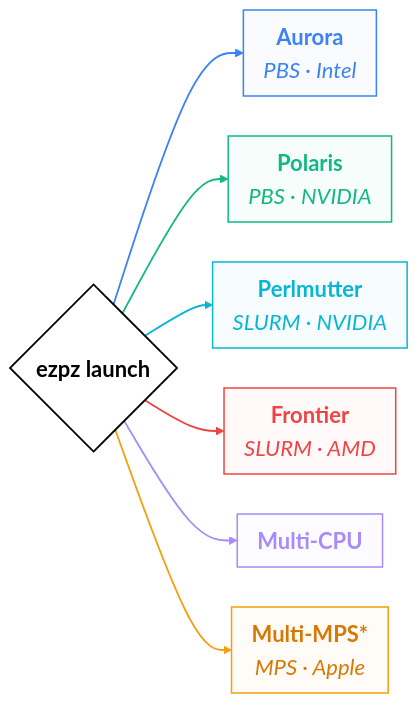
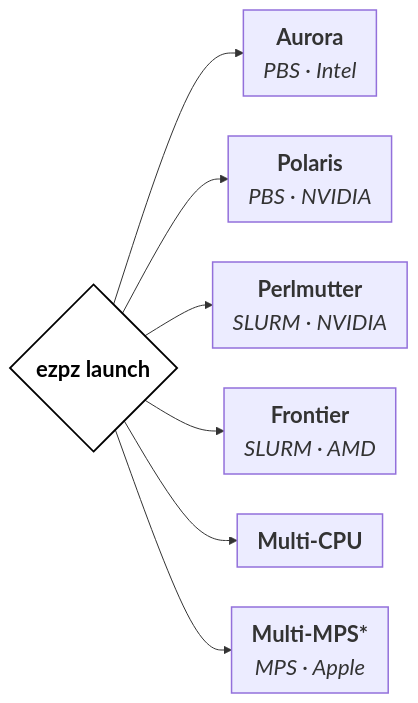
Before and after one commit to saforem2/samf.sh: the first of 3 diagrams in web/src/pages/talks/2026/11/20/index.mdx, drawn with Mermaid. The commit also changed other lines of this file and 1 other file, not shown here.

First line of the commit message:
slides: theme portability diagram + 2B/20B legend and series tuning

````diff
--- a/web/src/pages/talks/2026/11/20/index.mdx
+++ b/web/src/pages/talks/2026/11/20/index.mdx
@@ -129,32 +129,26 @@
 ```mermaid
 %%{init: {'themeVariables': {'fontSize': '22px'}, 'flowchart': {'nodeSpacing': 40, 'rankSpacing': 36, 'padding': 10}}}%%
 flowchart LR
     EZ{"<span style='font-weight:700'>ezpz launch</span>"}
     EZ --> AURORA["<span style='font-weight:700'>Aurora</span><br/><i>PBS · Intel</i>"]
     EZ --> POLARIS["<span style='font-weight:700'>Polaris</span><br/><i>PBS · NVIDIA</i>"]
     EZ --> PM["<span style='font-weight:700'>Perlmutter</span><br/><i>SLURM · NVIDIA</i>"]
     EZ --> FRONTIER["<span style='font-weight:700'>Frontier</span><br/><i>SLURM · AMD</i>"]
     EZ --> MAC["<span style='font-weight:700'>Multi-CPU</span>"]
     EZ --> MPS["<span style='font-weight:700'>Multi-MPS*</span><br/><i>MPS · Apple</i>"]
 
     classDef hub        fill:none,stroke:currentColor,color:currentColor,stroke-width:1.8px
-    linkStyle 0 stroke:#3b82f6,stroke-width:1.8px
-    linkStyle 1 stroke:#10b981,stroke-width:1.8px
-    linkStyle 2 stroke:#06b6d4,stroke-width:1.8px
-    linkStyle 3 stroke:#ef4444,stroke-width:1.8px
-    linkStyle 4 stroke:#a78bfa,stroke-width:1.8px
-    linkStyle 5 stroke:#f59e0b,stroke-width:1.8px
-    classDef aurora     fill:#3b82f608,stroke:#3b82f6,color:#3b82f6,stroke-width:1.5px
-    classDef polaris    fill:#10b98108,stroke:#10b981,color:#10b981,stroke-width:1.5px
-    classDef perlmutter fill:#06b6d408,stroke:#06b6d4,color:#06b6d4,stroke-width:1.5px
-    classDef frontier   fill:#ef444408,stroke:#ef4444,color:#ef4444,stroke-width:1.5px
-    classDef mac        fill:#a78bfa08,stroke:#a78bfa,color:#a78bfa,stroke-width:1.5px
-    classDef mps        fill:#f59e0b08,stroke:#f59e0b,color:#d97706,stroke-width:1.5px
+    classDef aurora     stroke-width:1.5px
+    classDef polaris    stroke-width:1.5px
+    classDef perlmutter stroke-width:1.5px
+    classDef frontier   stroke-width:1.5px
+    classDef mac        stroke-width:1.5px
+    classDef mps        stroke-width:1.5px
     class EZ hub
     class AURORA aurora
     class POLARIS polaris
     class PM perlmutter
     class FRONTIER frontier
     class MAC mac
     class MPS mps
 ```
````
